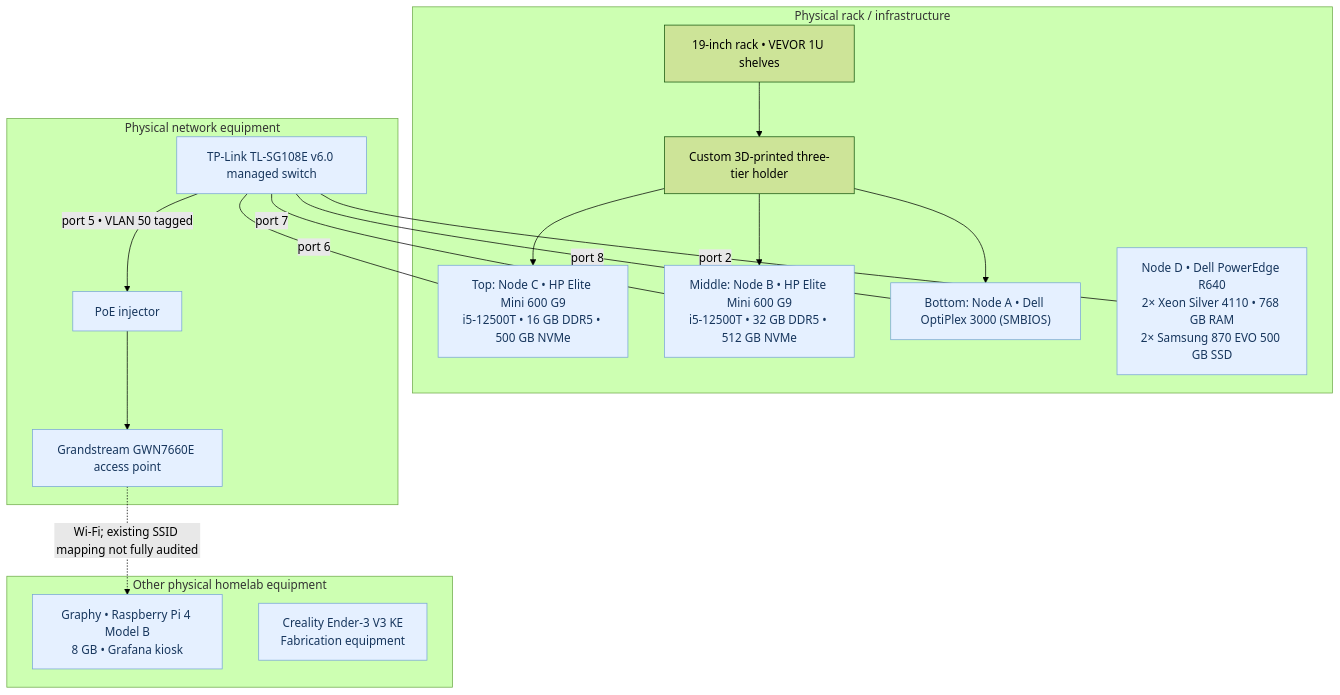
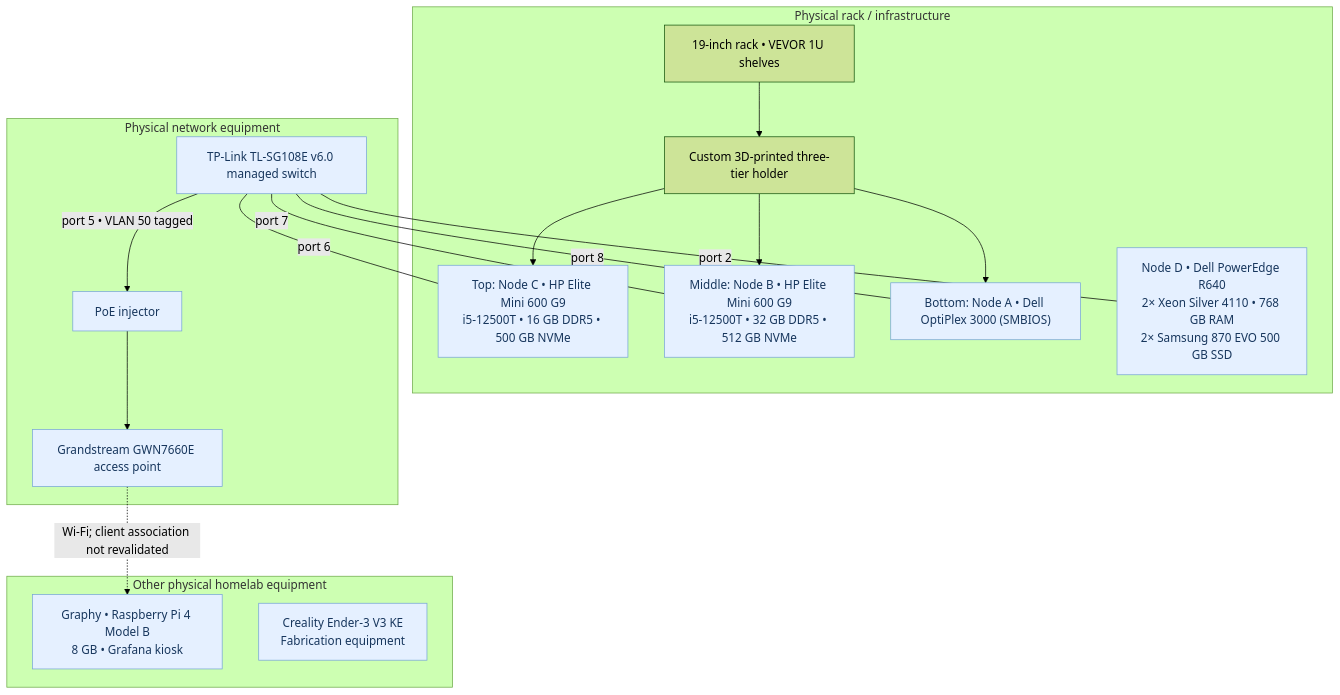
One commit to samuelkemp1619/HOMELAB-PORTFOLIO changed the third of 3 diagrams in network/diagrams/README.md. Above: the diagram before and after it, drawn with Mermaid (forest theme). The commit also changed other lines of this file, not shown here.

Commit message:
Document verified Grandstream SSID VLAN mapping and current switch port membership

````diff
--- a/network/diagrams/README.md
+++ b/network/diagrams/README.md
@@ -111,32 +124,32 @@
 ```mermaid
 flowchart TB
     subgraph RACK["Physical rack / infrastructure"]
         SHELVES["19-inch rack • VEVOR 1U shelves"]
         HOLDER["Custom 3D-printed three-tier holder"]
         H3["Top: Node C • HP Elite Mini 600 G9<br/>i5-12500T • 16 GB DDR5 • 500 GB NVMe"]
         H2["Middle: Node B • HP Elite Mini 600 G9<br/>i5-12500T • 32 GB DDR5 • 512 GB NVMe"]
         H1["Bottom: Node A • Dell OptiPlex 3000 (SMBIOS)"]
         R640["Node D • Dell PowerEdge R640<br/>2× Xeon Silver 4110 • 768 GB RAM<br/>2× Samsung 870 EVO 500 GB SSD"]
         SHELVES --> HOLDER
         HOLDER --> H3
         HOLDER --> H2
         HOLDER --> H1
     end
     subgraph NETWORK_HW["Physical network equipment"]
         SWITCH_HW["TP-Link TL-SG108E v6.0 managed switch"]
         INJECTOR["PoE injector"]
         ACCESS["Grandstream GWN7660E access point"]
         SWITCH_HW -->|"port 5 • VLAN 50 tagged"| INJECTOR --> ACCESS
     end
     subgraph OTHER_HW["Other physical homelab equipment"]
         PI4["Graphy • Raspberry Pi 4 Model B<br/>8 GB • Grafana kiosk"]
         PRINTER["Creality Ender-3 V3 KE<br/>Fabrication equipment"]
     end
     SWITCH_HW ---|"port 8"| H1
     SWITCH_HW ---|"port 7"| H2
     SWITCH_HW ---|"port 6"| H3
     SWITCH_HW ---|"port 2"| R640
-    ACCESS -. "Wi-Fi; existing SSID mapping not fully audited" .-> PI4
+    ACCESS -. "Wi-Fi; client association not revalidated" .-> PI4
     classDef platform fill:#e5f0ff,color:#17365d,stroke:#77a5d6
     class H1,H2,H3,R640,SWITCH_HW,INJECTOR,ACCESS,PI4,PRINTER platform
 ```
````
